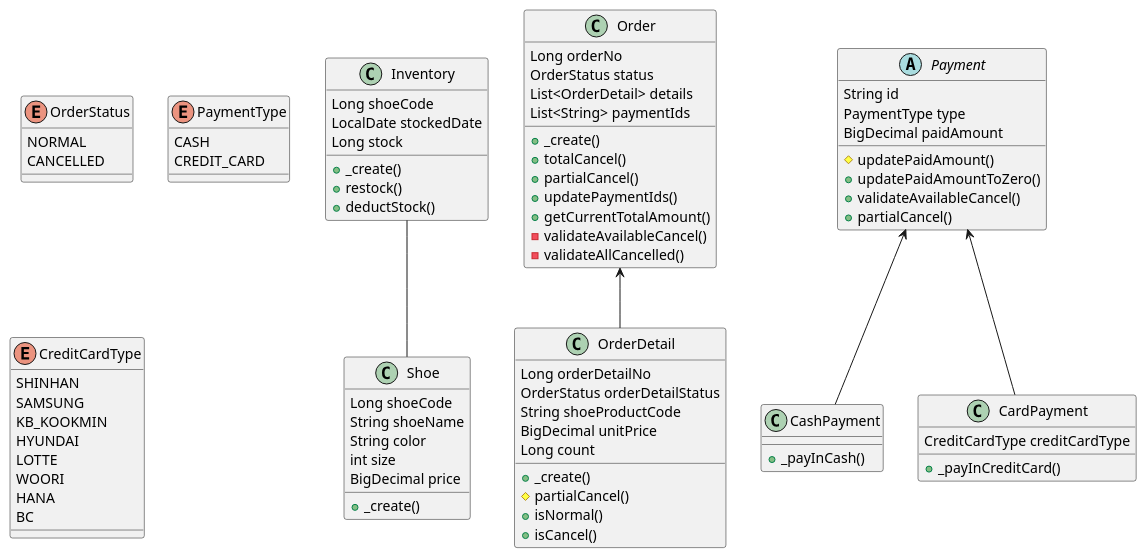
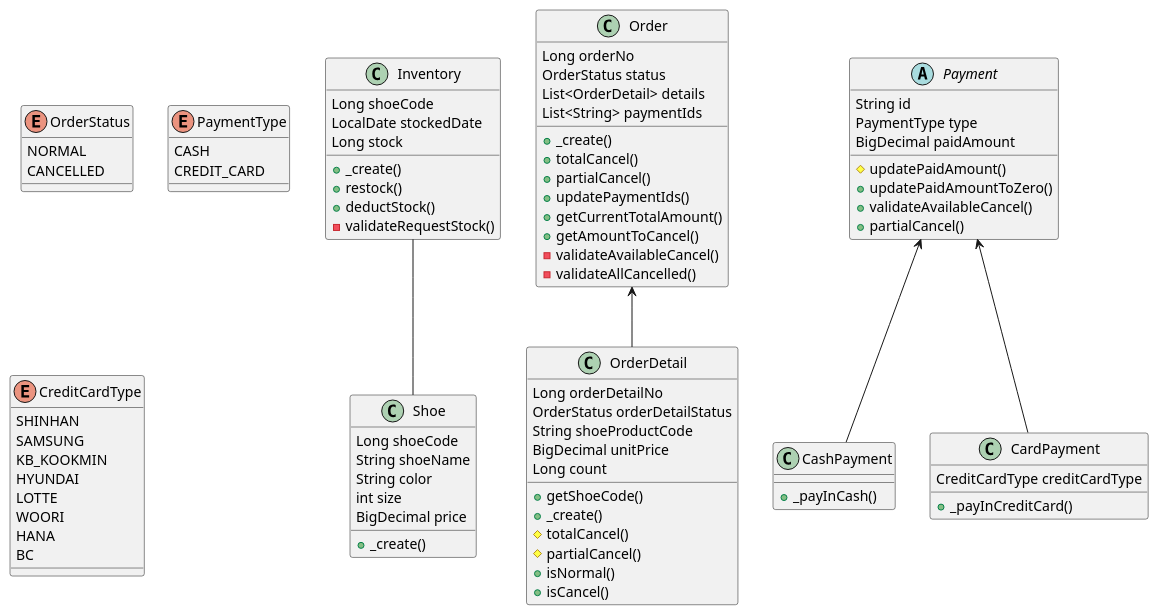
The diagram in docs/DomainStructure.puml (ABC-Mart-Owners-club/namjoon-shoe-store), drawn with PlantUML before and after one commit.

Commit message:
Docs : [#7] modify domain structure with inventory system

```diff
--- a/docs/DomainStructure.puml
+++ b/docs/DomainStructure.puml
@@ -1,92 +1,96 @@
 @startuml
 
 class Shoe {
 Long shoeCode
 String shoeName
 String color
 int size
 BigDecimal price
 + _create()
 }
 
 enum OrderStatus {
 NORMAL
 CANCELLED
 }
 
 class Order {
 Long orderNo
 OrderStatus status
 List<OrderDetail> details
 List<String> paymentIds
 + _create()
 + totalCancel()
 + partialCancel()
 + updatePaymentIds()
 + getCurrentTotalAmount()
++ getAmountToCancel()
 - validateAvailableCancel()
 - validateAllCancelled()
 }
 
 class OrderDetail {
 Long orderDetailNo
 OrderStatus orderDetailStatus
 String shoeProductCode
 BigDecimal unitPrice
 Long count
++ getShoeCode()
 + _create()
+# totalCancel()
 # partialCancel()
 + isNormal()
 + isCancel()
 }
 
 enum PaymentType {
 CASH
 CREDIT_CARD
 }
 
 enum CreditCardType {
 SHINHAN
 SAMSUNG
 KB_KOOKMIN
 HYUNDAI
 LOTTE
 WOORI
 HANA
 BC
 }
 
 abstract class Payment {
 String id
 PaymentType type
 BigDecimal paidAmount
 # updatePaidAmount()
 + updatePaidAmountToZero()
 + validateAvailableCancel()
 + partialCancel()
 }
 
 class CashPayment {
 + _payInCash()
 }
 
 class CardPayment {
 CreditCardType creditCardType
 + _payInCreditCard()
 }
 
 class Inventory {
 Long shoeCode
 LocalDate stockedDate
 Long stock
 + _create()
 + restock()
 + deductStock()
+- validateRequestStock()
 }
 
 Order <-- OrderDetail
 Payment <-- CashPayment
 Payment <-- CardPayment
 Inventory -- Shoe
 
 @enduml
```
